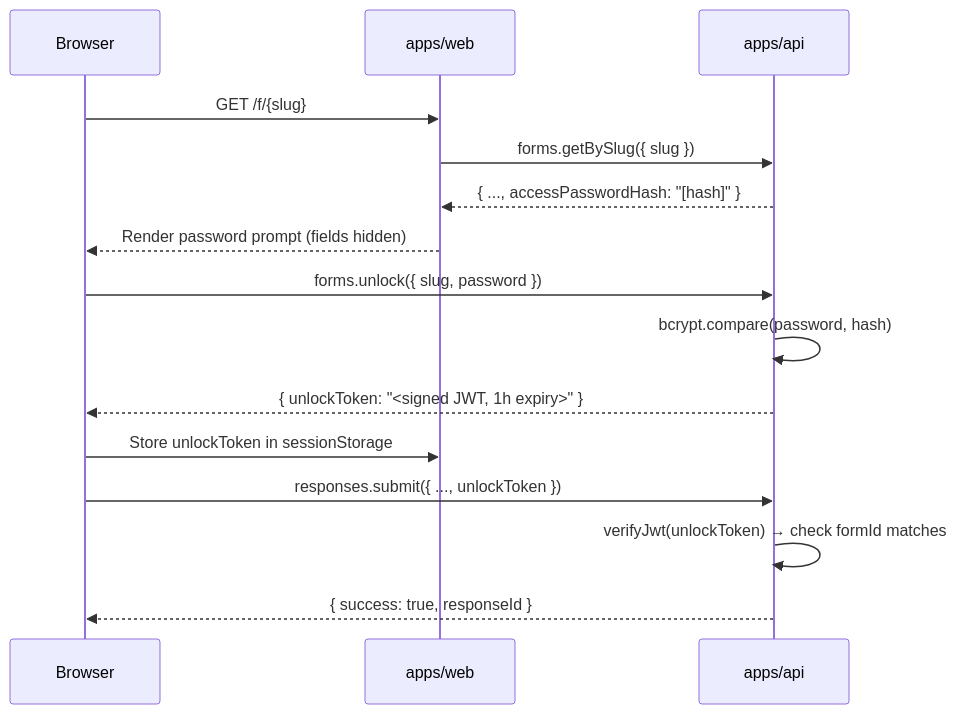
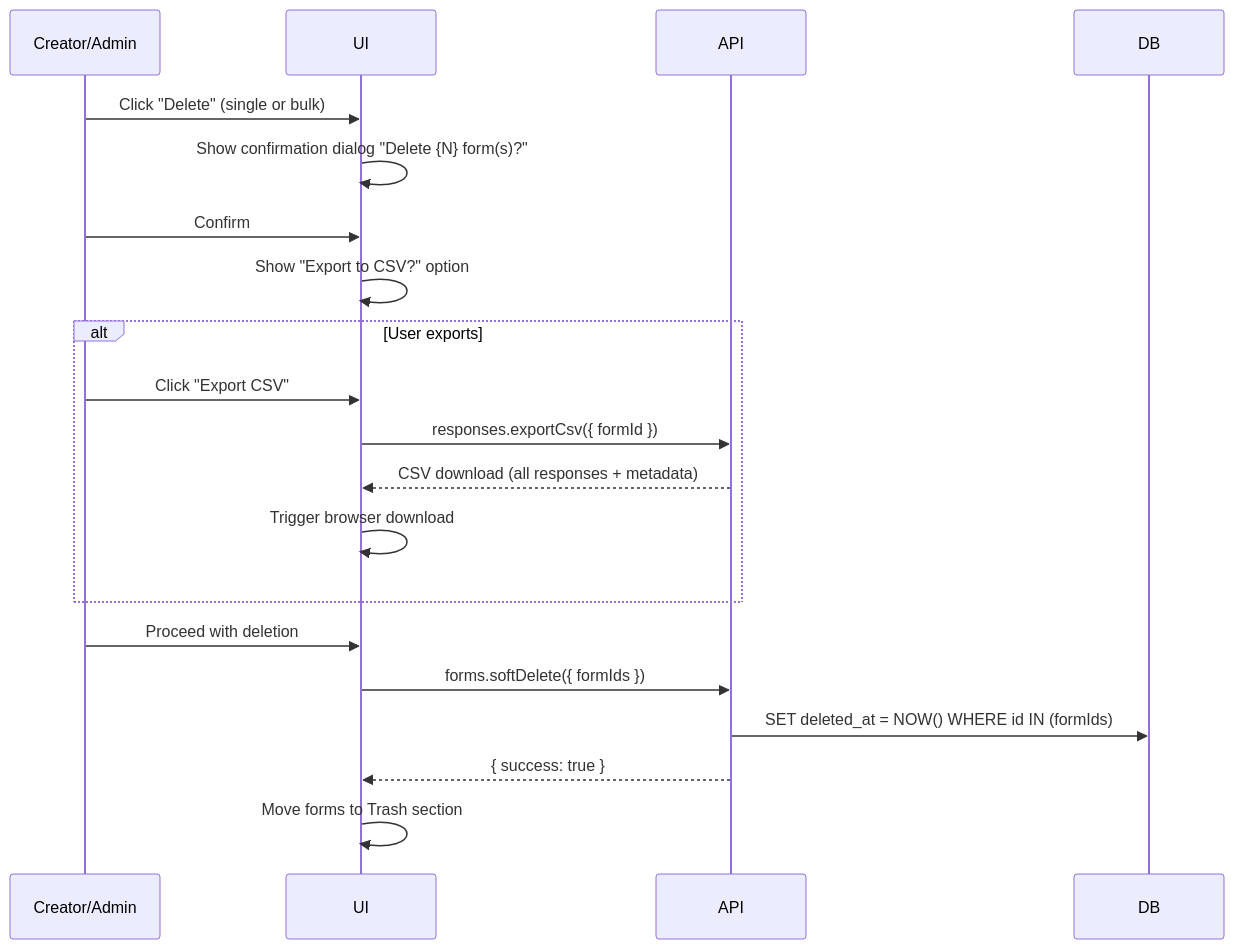
Before and after one commit to sayantanbal/ChaiForms: the fifth of 5 diagrams in .kiro/specs/form-builder-saas/design.md, drawn with Mermaid. The commit also changed other lines of this file and 12 other files, not shown here.

Commit message:
feat: initialize database schema models and project documentation for form builder SaaS

````diff
--- a/.kiro/specs/form-builder-saas/design.md
+++ b/.kiro/specs/form-builder-saas/design.md
@@ -1371,20 +690,22 @@
 ```mermaid
 sequenceDiagram
-    participant Browser
-    participant Web as apps/web
-    participant API as apps/api
+    participant User as Creator/Admin
+    participant UI
+    participant API
 
-    Browser->>Web: GET /f/{slug}
-    Web->>API: forms.getBySlug({ slug })
-    API-->>Web: { ..., accessPasswordHash: "[hash]" }
-    Web-->>Browser: Render password prompt (fields hidden)
-
-    Browser->>API: forms.unlock({ slug, password })
-    API->>API: bcrypt.compare(password, hash)
-    API-->>Browser: { unlockToken: "<signed JWT, 1h expiry>" }
-    Browser->>Web: Store unlockToken in sessionStorage
-
-    Browser->>API: responses.submit({ ..., unlockToken })
-    API->>API: verifyJwt(unlockToken) → check formId matches
-    API-->>Browser: { success: true, responseId }
+    User->>UI: Click "Delete" (single or bulk)
+    UI->>UI: Show confirmation dialog "Delete {N} form(s)?"
+    User->>UI: Confirm
+    UI->>UI: Show "Export to CSV?" option
+    alt User exports
+        User->>UI: Click "Export CSV"
+        UI->>API: responses.exportCsv({ formId })
+        API-->>UI: CSV download (all responses + metadata)
+        UI->>UI: Trigger browser download
+    end
+    User->>UI: Proceed with deletion
+    UI->>API: forms.softDelete({ formIds })
+    API->>DB: SET deleted_at = NOW() WHERE id IN (formIds)
+    API-->>UI: { success: true }
+    UI->>UI: Move forms to Trash section
 ```
````
